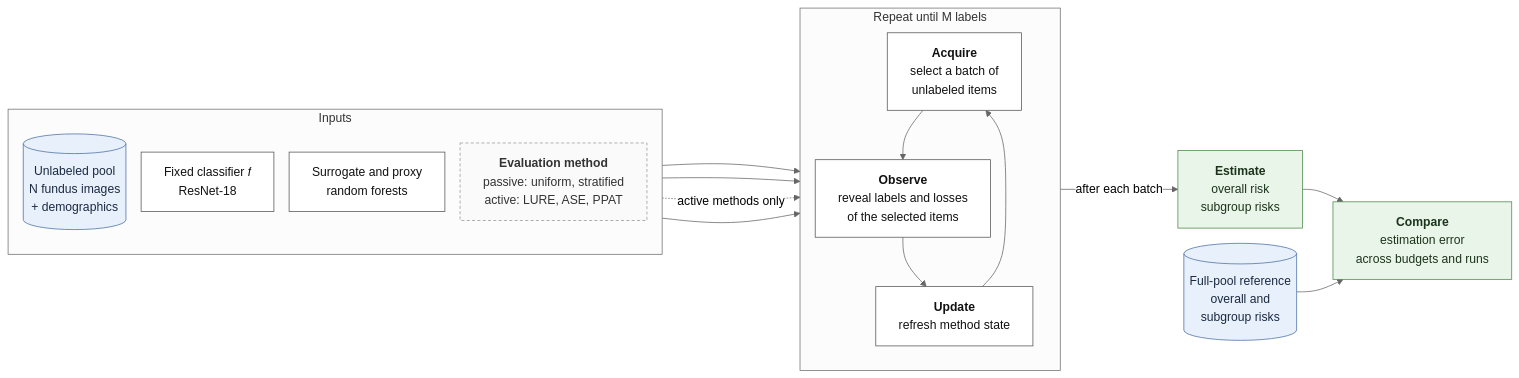
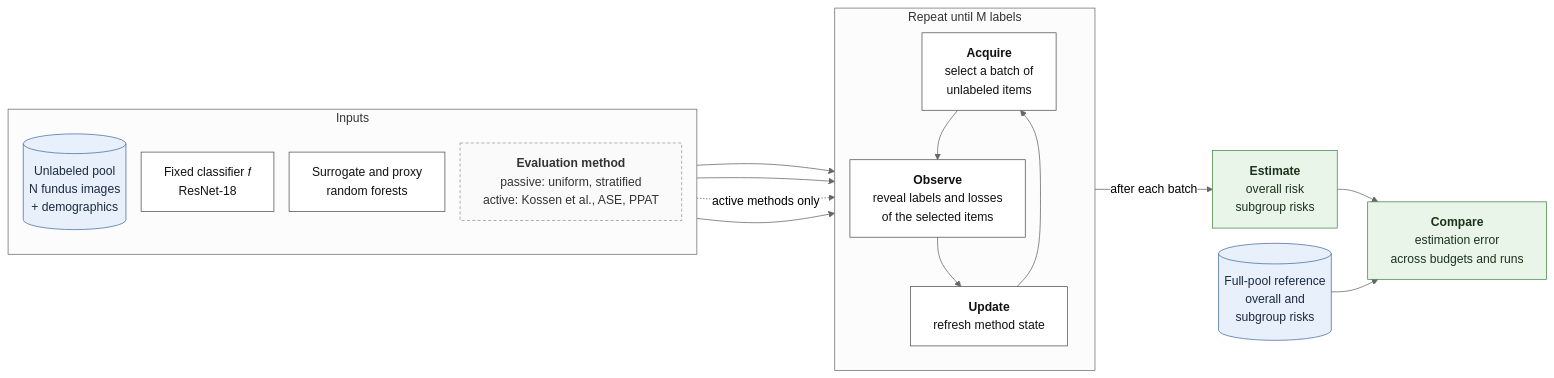
One commit to AlexWinther/evaluation-compression changed the diagram in diagrams/overview.mmd. Above: the diagram before and after it, drawn with Mermaid. The commit also changed 2 other files, not shown here.

```diff
--- a/diagrams/overview.mmd
+++ b/diagrams/overview.mmd
@@ -1,47 +1,47 @@
 ---
 config:
   theme: neutral
   markdownAutoWrap: false
   flowchart:
     curve: basis
     wrappingWidth: 400
     nodeSpacing: 20
     rankSpacing: 40
 ---
 
 flowchart LR
   subgraph IN["Inputs"]
     direction TB
     P[("Unlabeled pool<br/>N fundus images<br/>+ demographics")]
     F["Fixed classifier <i>f</i><br/>ResNet-18"]
     S["Surrogate and proxy<br/>random forests"]
-    M["<b>Evaluation method</b><br/>passive: uniform, stratified<br/>active: LURE, ASE, PPAT"]
+    M["<b>Evaluation method</b><br/>passive: uniform, stratified<br/>active: Kossen et al., ASE, PPAT"]
   end
 
   subgraph LOOP["Repeat until M labels"]
     direction TB
     A["<b>Acquire</b><br/>select a batch of<br/>unlabeled items"]
     O["<b>Observe</b><br/>reveal labels and losses<br/>of the selected items"]
     U["<b>Update</b><br/>refresh method state"]
     A --> O --> U --> A
   end
 
   E["<b>Estimate</b><br/>overall risk<br/>subgroup risks"]
   R[("Full-pool reference<br/>overall and<br/>subgroup risks")]
   C["<b>Compare</b><br/>estimation error<br/>across budgets and runs"]
 
   P --> A
   F --> A
   S -. "active methods only" .-> A
   M --> A
   U -- "after each batch" --> E --> C
   R --> C
 
   classDef data fill:#e8f0fb,stroke:#4a6fa5,color:#1b2a41
   classDef step fill:#ffffff,stroke:#555555,color:#111111
   classDef result fill:#eaf5ea,stroke:#4a8a4a,color:#1b331b
   classDef note fill:#fafafa,stroke:#999999,stroke-dasharray:4 3,color:#333333
     class P,R data
   class F,S,A,O,U step
   class E,C result
   class M note
```
